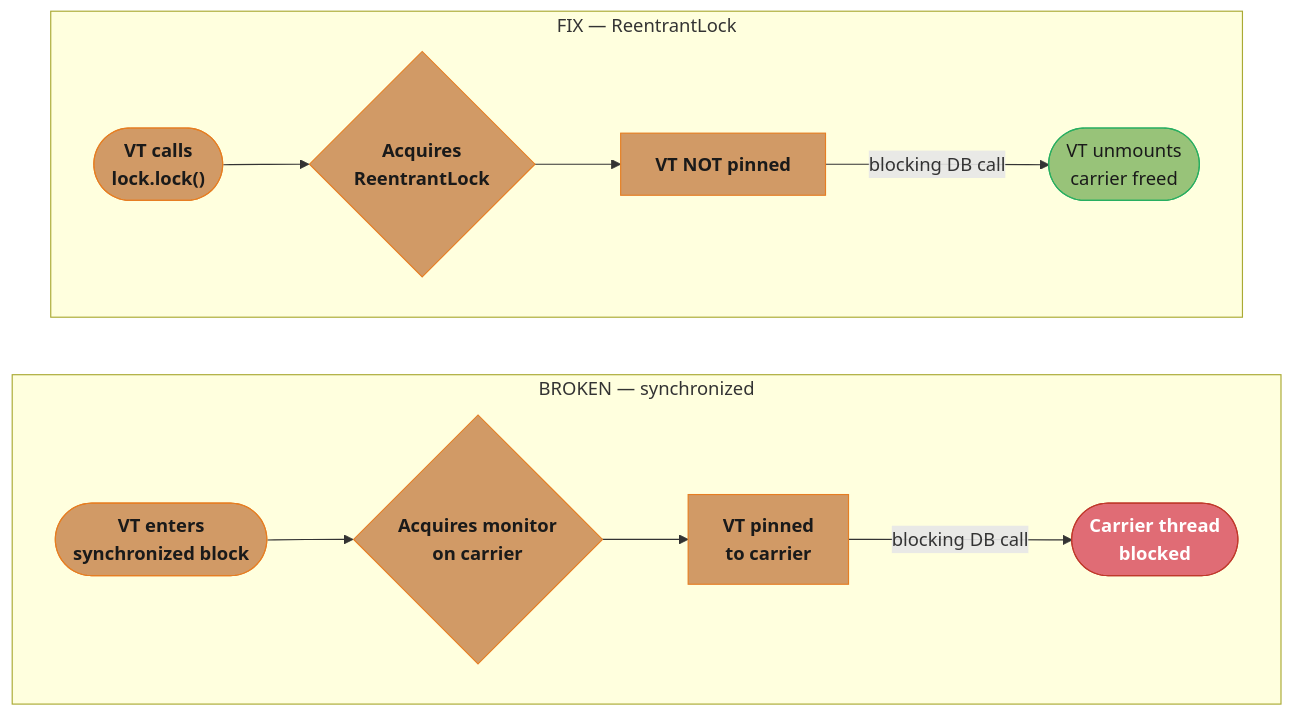
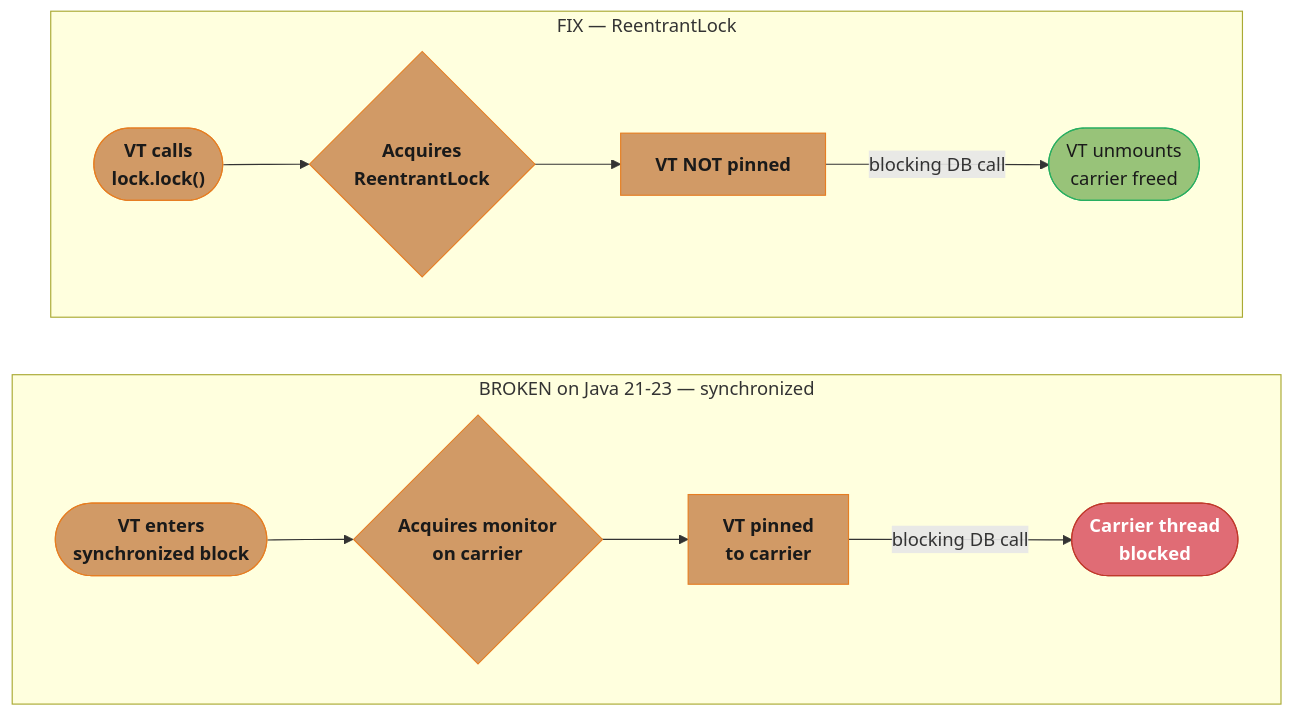
Before and after one commit to rppol/system-design: the fourth of 5 diagrams in src/main/java/com/rutik/systemdesign/backend/async_and_concurrency_patterns/README.md, drawn with Mermaid. The commit also changed other lines of this file and 13 other files, not shown here.

````diff
--- a/src/main/java/com/rutik/systemdesign/backend/async_and_concurrency_patterns/README.md
+++ b/src/main/java/com/rutik/systemdesign/backend/async_and_concurrency_patterns/README.md
@@ -284,29 +286,29 @@
 ```mermaid
 flowchart LR
     classDef io      fill:#61afef,stroke:#2e86c1,color:#1a1a1a,font-weight:bold
     classDef frozen  fill:#c678dd,stroke:#9b59b6,color:#fff
     classDef train   fill:#98c379,stroke:#27ae60,color:#1a1a1a
     classDef mathOp  fill:#d19a66,stroke:#e67e22,color:#1a1a1a,font-weight:bold
     classDef lossN   fill:#e06c75,stroke:#c0392b,color:#fff,font-weight:bold
     classDef req     fill:#56b6c2,stroke:#0097a7,color:#1a1a1a
     classDef base    fill:#e5c07b,stroke:#f39c12,color:#1a1a1a
 
-    subgraph BROKEN["BROKEN — synchronized"]
+    subgraph BROKEN["BROKEN on Java 21-23 — synchronized"]
         direction LR
         B1(["VT enters<br/>synchronized block"]) --> B2{"Acquires monitor<br/>on carrier"}
         B2 --> B3["VT pinned<br/>to carrier"]
         B3 -->|"blocking DB call"| B4(["Carrier thread<br/>blocked"])
     end
 
     subgraph FIXED["FIX — ReentrantLock"]
         direction LR
         F1(["VT calls<br/>lock.lock()"]) --> F2{"Acquires<br/>ReentrantLock"}
         F2 --> F3["VT NOT pinned"]
         F3 -->|"blocking DB call"| F4(["VT unmounts<br/>carrier freed"])
     end
 
     class B1,B2,B3 mathOp
     class B4 lossN
     class F1,F2,F3 mathOp
     class F4 train
 ```
````
